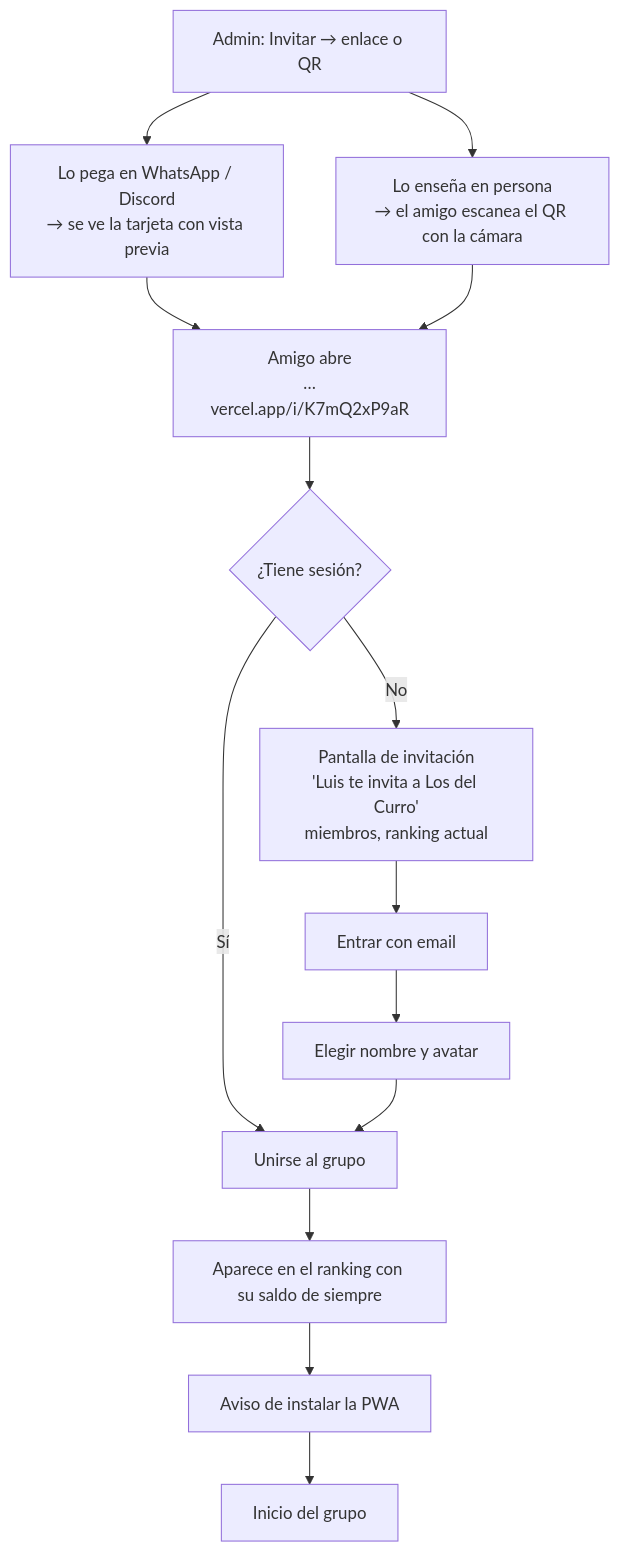
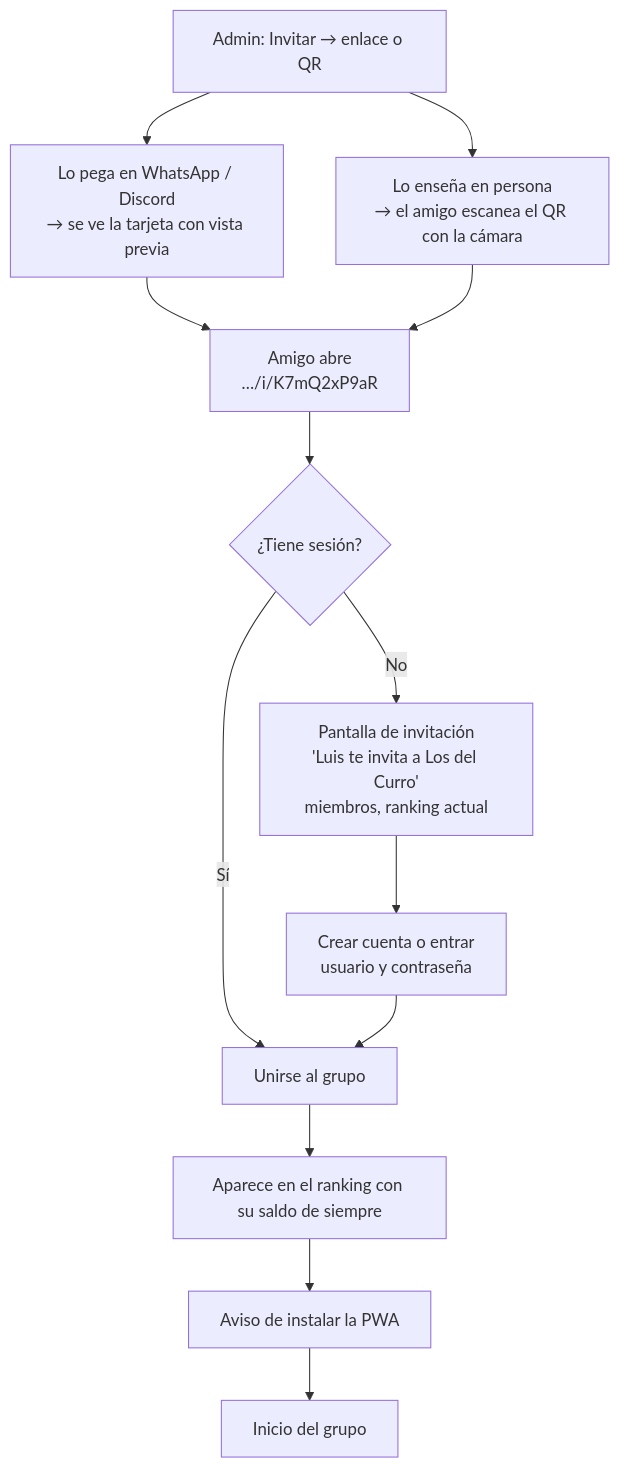
Before and after one commit to Ronambulo/BlackjackWithFriends: the fifth of 7 diagrams in docs/DISENO.md, drawn with Mermaid. The commit also changed other lines of this file and 1 other file, not shown here.

````diff
--- a/docs/DISENO.md
+++ b/docs/DISENO.md
@@ -296,16 +290,15 @@
 ```mermaid
 flowchart TD
   A0[Admin: Invitar → enlace o QR] --> A1[Lo pega en WhatsApp / Discord<br/>→ se ve la tarjeta con vista previa]
   A0 --> A2[Lo enseña en persona<br/>→ el amigo escanea el QR con la cámara]
-  A1 --> A[Amigo abre<br/>…vercel.app/i/K7mQ2xP9aR]
+  A1 --> A[Amigo abre<br/>…/i/K7mQ2xP9aR]
   A2 --> A
   A --> B{¿Tiene sesión?}
   B -- No --> C[Pantalla de invitación<br/>'Luis te invita a Los del Curro'<br/>miembros, ranking actual]
-  C --> D[Entrar con email]
-  D --> E[Elegir nombre y avatar]
+  C --> D[Crear cuenta o entrar<br/>usuario y contraseña]
   B -- Sí --> F
-  E --> F[Unirse al grupo]
+  D --> F[Unirse al grupo]
   F --> G[Aparece en el ranking con su saldo de siempre]
   G --> H[Aviso de instalar la PWA]
   H --> I[Inicio del grupo]
 ```
````
